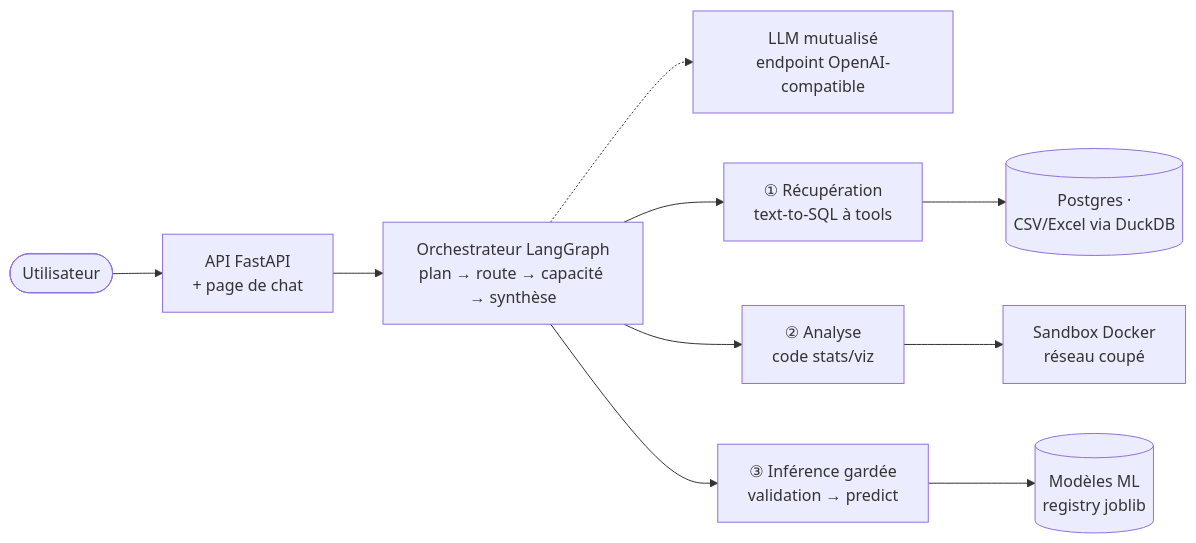
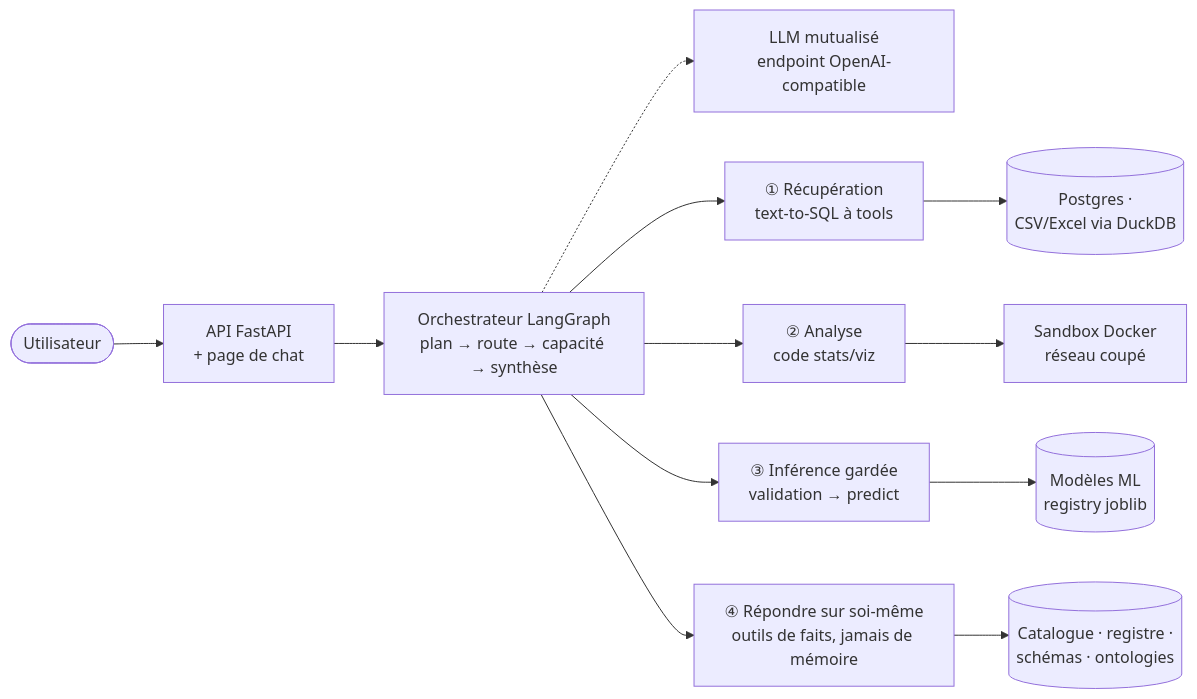
The diagram in README.md (floSa/data-analyst-agent), drawn with Mermaid before and after one commit. The commit also changed other lines of this file and 3 other files, not shown here.

````diff
--- a/README.md
+++ b/README.md
@@ -33,12 +35,14 @@
 ```mermaid
 flowchart LR
     U(["Utilisateur"]) --> API["API FastAPI<br/>+ page de chat"]
     API --> O["Orchestrateur LangGraph<br/>plan → route → capacité → synthèse"]
     O -.-> L["LLM mutualisé<br/>endpoint OpenAI-compatible"]
     O --> R["① Récupération<br/>text-to-SQL à tools"]
     O --> A["② Analyse<br/>code stats/viz"]
     O --> I["③ Inférence gardée<br/>validation → predict"]
+    O --> Y["④ Répondre sur soi-même<br/>outils de faits, jamais de mémoire"]
+    Y --> C[("Catalogue · registre ·<br/>schémas · ontologies")]
     R --> D[("Postgres ·<br/>CSV/Excel via DuckDB")]
     A --> S["Sandbox Docker<br/>réseau coupé"]
     I --> M[("Modèles ML<br/>registry joblib")]
 ```
````
